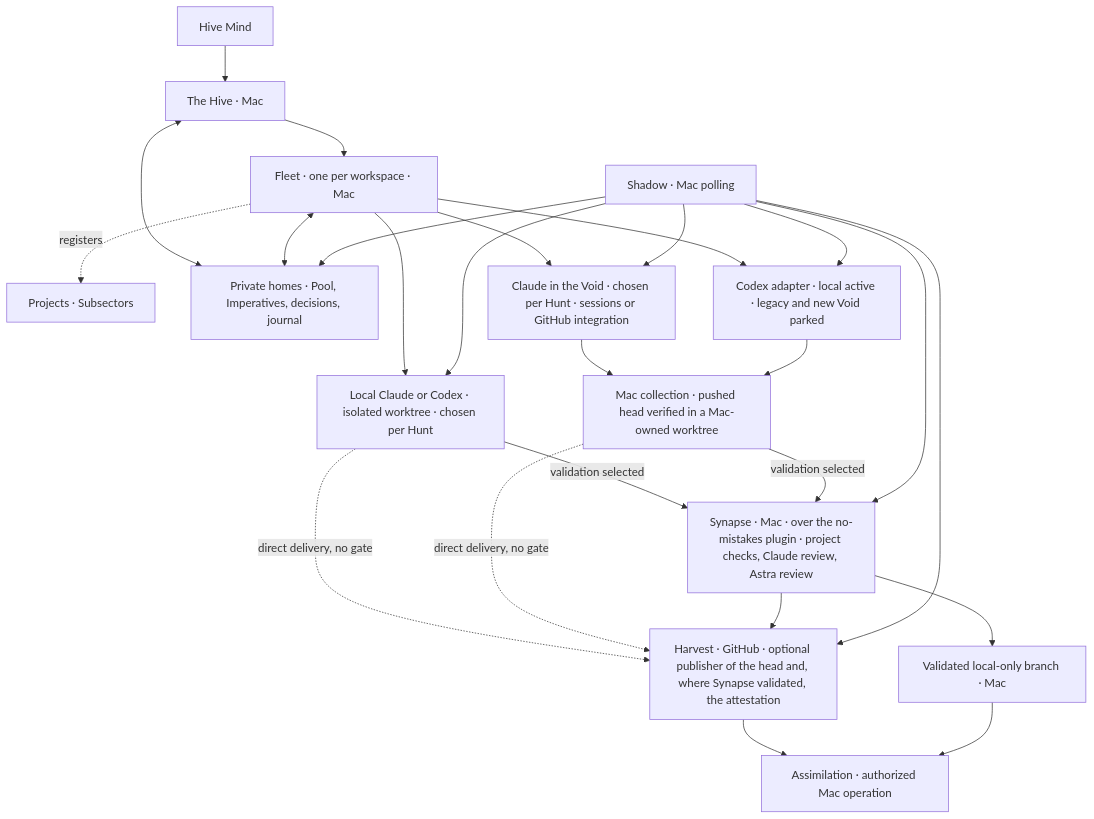
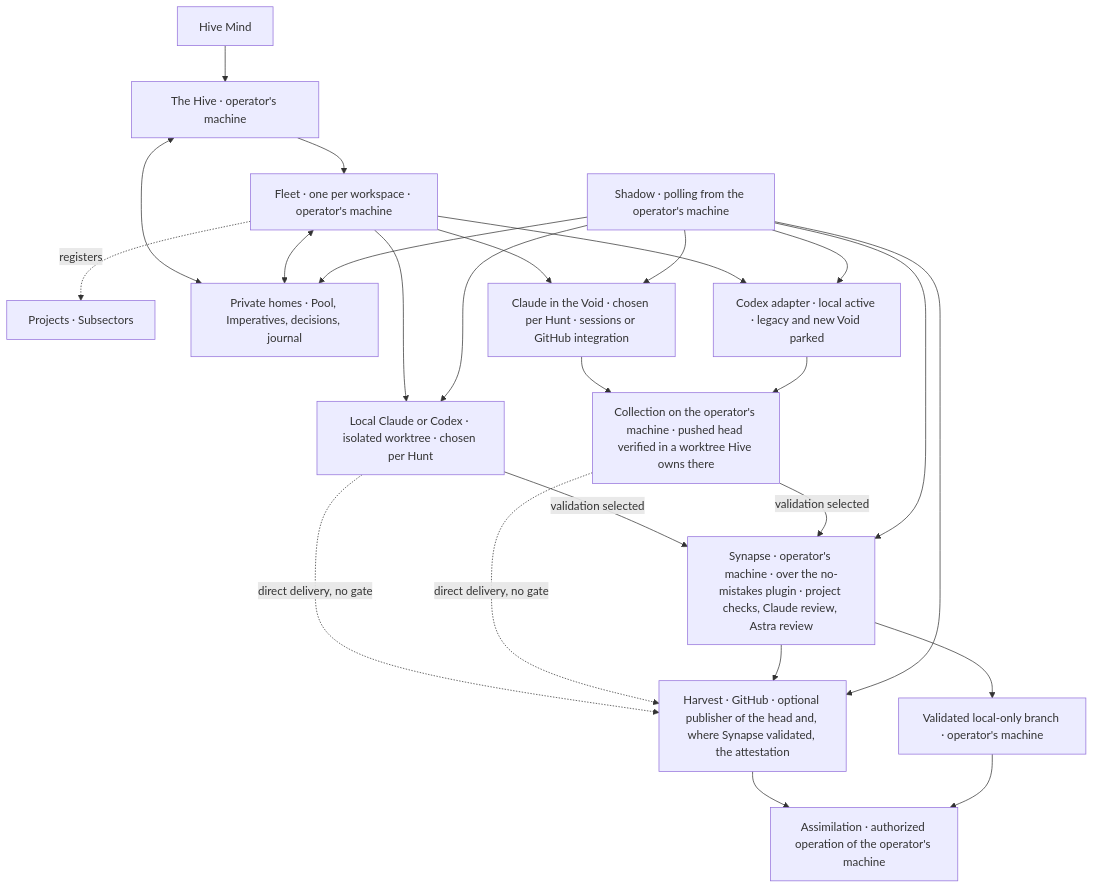
Before and after one commit to kesk-git/hive: the diagram in docs/design.md, drawn with Mermaid. The commit also changed other lines of this file and 14 other files, not shown here.

First line of the commit message:
docs: design Hive natively for macOS, Windows and Linux (#30)

````diff
--- a/docs/design.md
+++ b/docs/design.md
@@ -60,27 +60,27 @@
 ```mermaid
 flowchart TD
-    Mind[Hive Mind] --> Hive[The Hive · Mac]
-    Hive --> Fleet[Fleet · one per workspace · Mac]
+    Mind[Hive Mind] --> Hive["The Hive · operator's machine"]
+    Hive --> Fleet["Fleet · one per workspace · operator's machine"]
     Fleet -. registers .-> Projects[Projects · Subsectors]
     Hive <--> Private[Private homes · Pool, Imperatives, decisions, journal]
     Fleet <--> Private
     Fleet --> Local[Local Claude or Codex · isolated worktree · chosen per Hunt]
     Fleet --> Claude[Claude in the Void · chosen per Hunt · sessions or GitHub integration]
     Fleet --> Codex[Codex adapter · local active · legacy and new Void parked]
-    Local -- validation selected --> Synapse[Synapse · Mac · over the no-mistakes plugin · project checks, Claude review, Astra review]
-    Claude --> Collection[Mac collection · pushed head verified in a Mac-owned worktree]
+    Local -- validation selected --> Synapse["Synapse · operator's machine · over the no-mistakes plugin · project checks, Claude review, Astra review"]
+    Claude --> Collection["Collection on the operator's machine · pushed head verified in a worktree Hive owns there"]
     Codex --> Collection
     Collection -- validation selected --> Synapse
     Local -. direct delivery, no gate .-> Harvest
     Collection -. direct delivery, no gate .-> Harvest
     Synapse --> Harvest[Harvest · GitHub · optional publisher of the head and, where Synapse validated, the attestation]
-    Synapse --> Branch[Validated local-only branch · Mac]
-    Harvest --> Assimilation[Assimilation · authorized Mac operation]
+    Synapse --> Branch["Validated local-only branch · operator's machine"]
+    Harvest --> Assimilation["Assimilation · authorized operation of the operator's machine"]
     Branch --> Assimilation
-    Shadow[Shadow · Mac polling] --> Private
+    Shadow["Shadow · polling from the operator's machine"] --> Private
     Shadow --> Local
     Shadow --> Claude
     Shadow --> Codex
     Shadow --> Synapse
     Shadow --> Harvest
 ```
````
